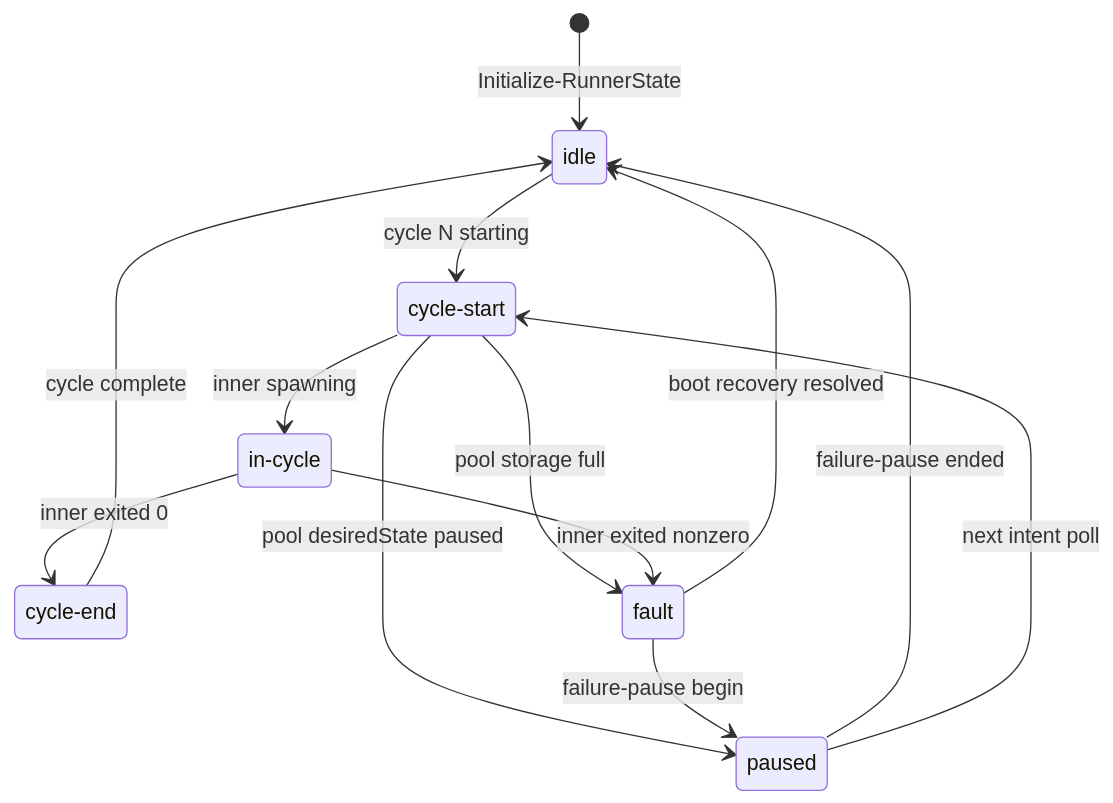
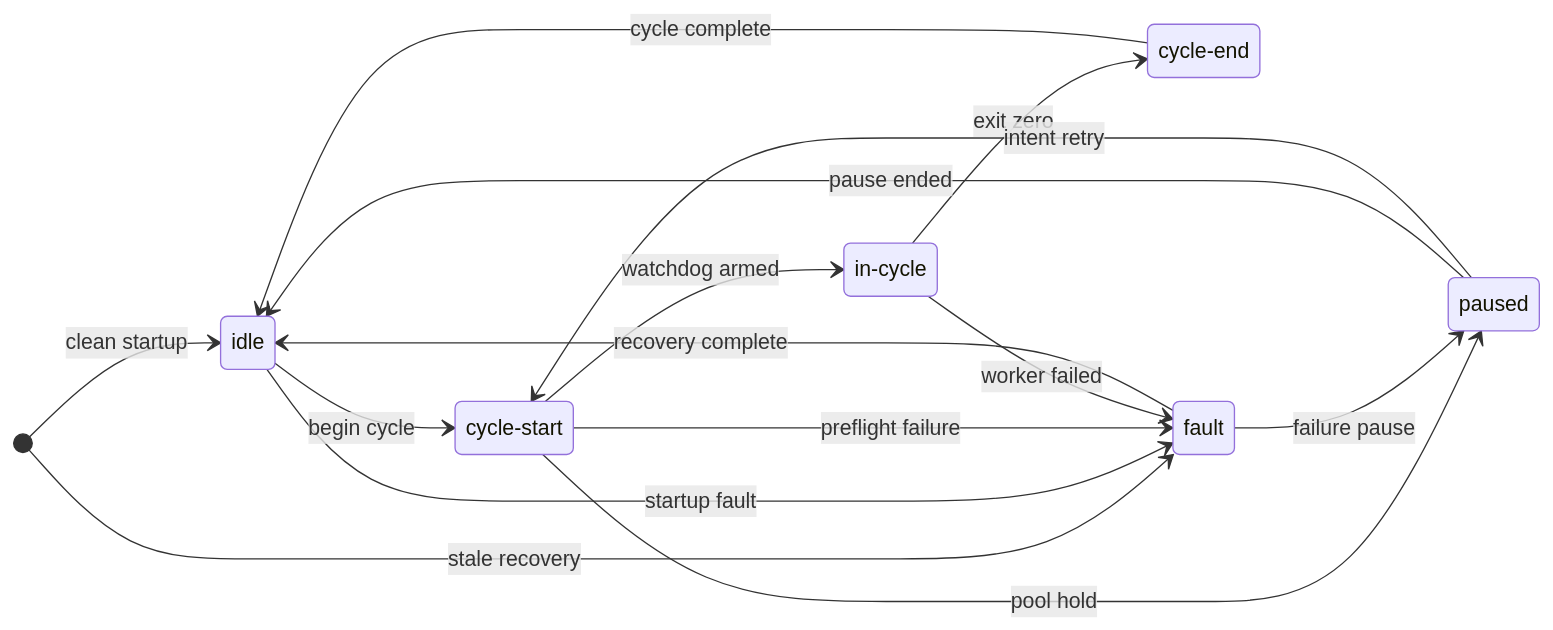
Before and after one commit to alissonsol/yuruna: the first of 2 diagrams in docs/design/04-lifecycle-state.md, drawn with Mermaid. The commit also changed other lines of this file and 657 other files, not shown here.

````diff
--- a/docs/design/04-lifecycle-state.md
+++ b/docs/design/04-lifecycle-state.md
@@ -26,22 +9,26 @@
 ```mermaid
 stateDiagram-v2
-    state "idle" as idle
-    state "cycle-start" as cycle_start
-    state "in-cycle" as in_cycle
-    state "cycle-end" as cycle_end
-    state "fault" as fault
-    state "paused" as paused
+  direction LR
 
-    [*] --> idle : Initialize-RunnerState
-    idle --> cycle_start : cycle N starting
-    cycle_start --> in_cycle : inner spawning
-    cycle_start --> fault : pool storage full
-    cycle_start --> paused : pool desiredState paused
-    in_cycle --> cycle_end : inner exited 0
-    in_cycle --> fault : inner exited nonzero
-    cycle_end --> idle : cycle complete
-    fault --> paused : failure-pause begin
-    fault --> idle : boot recovery resolved
-    paused --> idle : failure-pause ended
-    paused --> cycle_start : next intent poll
+  state "idle" as idle
+  state "cycle-start" as cycle_start
+  state "in-cycle" as in_cycle
+  state "cycle-end" as cycle_end
+  state "fault" as fault
+  state "paused" as paused
+
+  [*] --> idle: clean startup
+  [*] --> fault: stale recovery
+  idle --> cycle_start: begin cycle
+  idle --> fault: startup fault
+  cycle_start --> in_cycle: watchdog armed
+  cycle_start --> paused: pool hold
+  cycle_start --> fault: preflight failure
+  in_cycle --> cycle_end: exit zero
+  in_cycle --> fault: worker failed
+  cycle_end --> idle: cycle complete
+  fault --> paused: failure pause
+  fault --> idle: recovery complete
+  paused --> idle: pause ended
+  paused --> cycle_start: intent retry
 ```
````
